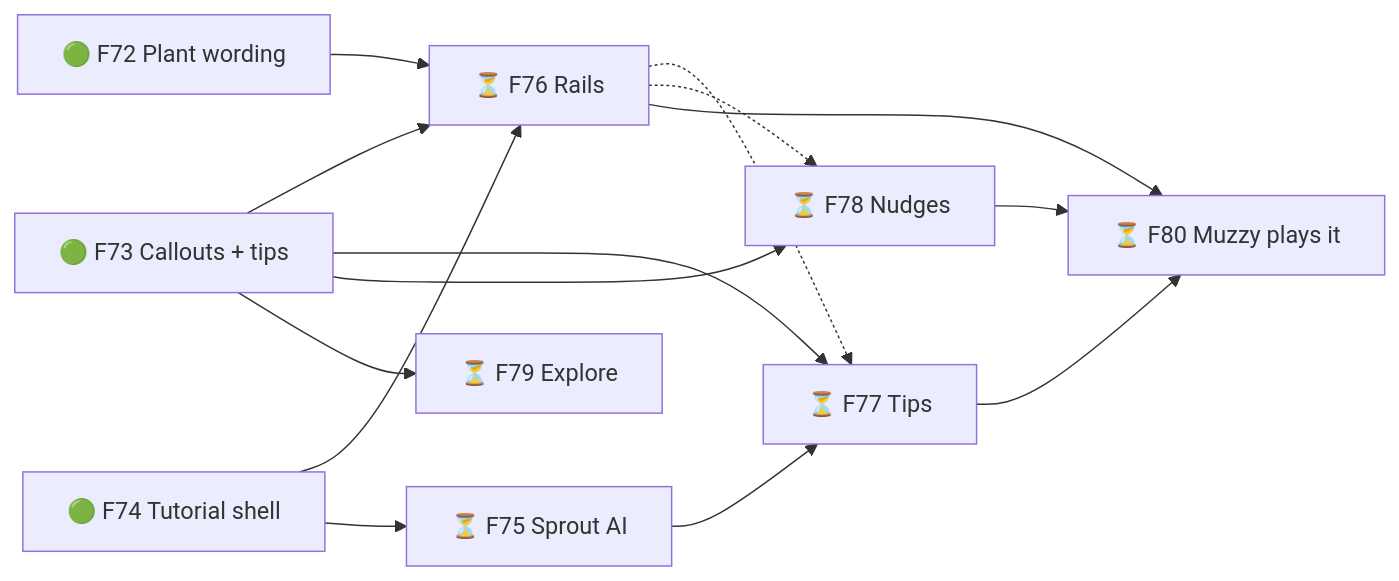
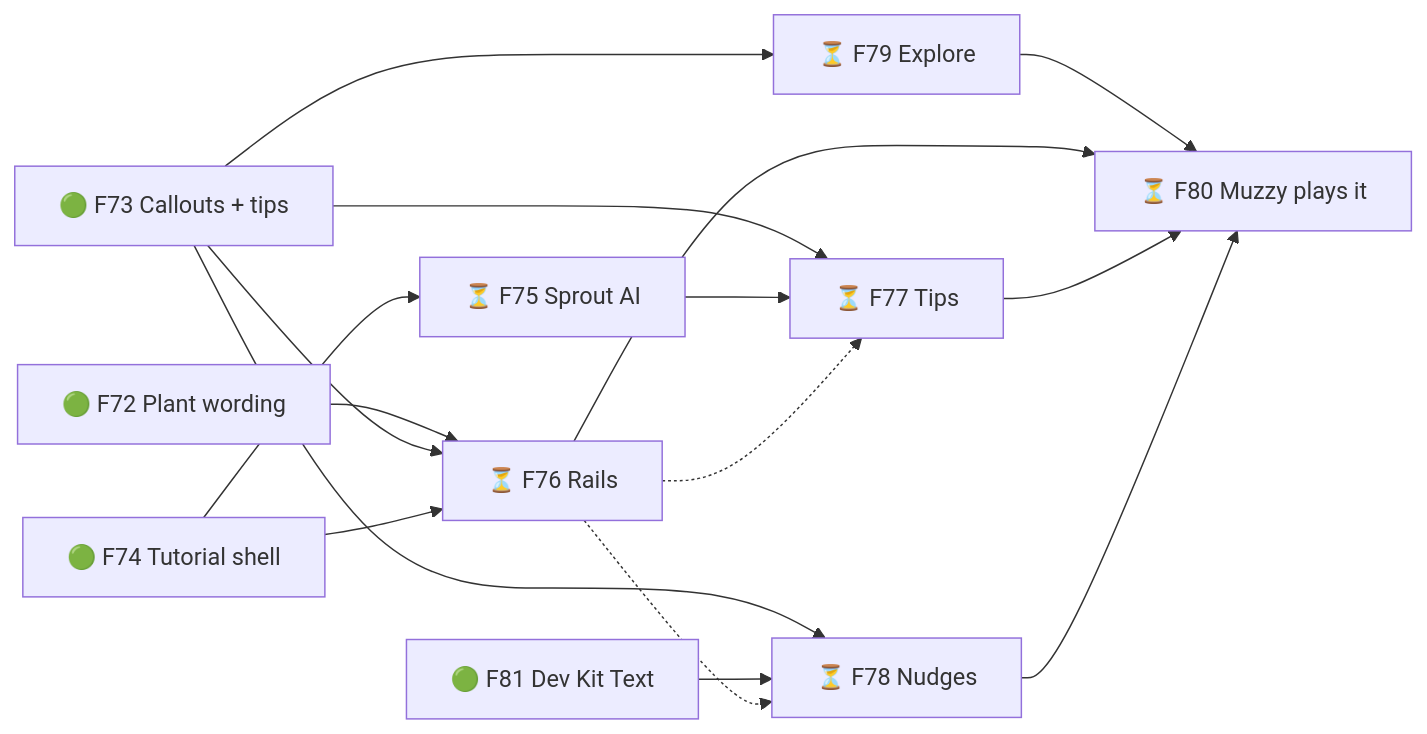
The tenth of 10 diagrams in .planning/ROADMAP.md (TheBlueMuzzy/glyphtender), drawn with Mermaid before and after one commit. The commit also changed other lines of this file and 3 other files, not shown here.

Commit message:
Tutorial plan: Explore is a must (taps explain, only ? leaves, ends itself), Sprout prefers not rules, Magic is created, Dev Kit Text tab (F81)

````diff
--- a/.planning/ROADMAP.md
+++ b/.planning/ROADMAP.md
@@ -268,16 +269,18 @@
 ```mermaid
 flowchart LR
   F72[🟢 F72 Plant wording] --> F76[⏳ F76 Rails]
   F73[🟢 F73 Callouts + tips] --> F76
   F74[🟢 F74 Tutorial shell] --> F76
   F74 --> F75[⏳ F75 Sprout AI]
   F73 --> F77[⏳ F77 Tips]
   F75 --> F77
   F76 -.-> F77
   F73 --> F78[⏳ F78 Nudges]
+  F81[🟢 F81 Dev Kit Text] --> F78
+  F79 --> F80
   F76 -.-> F78
   F73 --> F79[⏳ F79 Explore]
   F76 --> F80[⏳ F80 Muzzy plays it]
   F77 --> F80
   F78 --> F80
 ```
````
